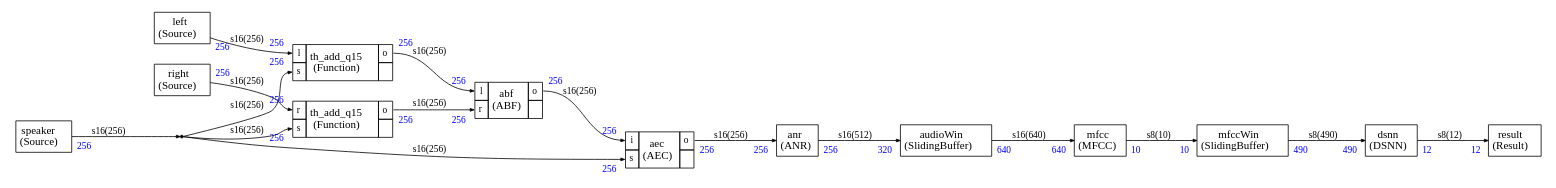
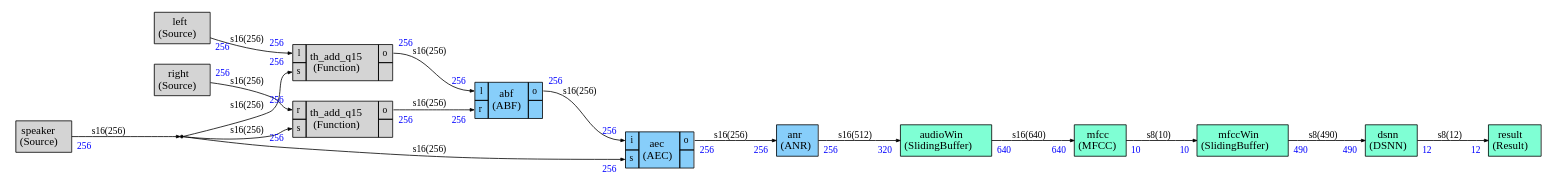
One commit to christophe0606/audiomark changed the diagram in src/cmsis_stream/audiomark.dot. Above: the diagram before and after it, drawn with Graphviz. The commit also changed 11 other files, not shown here.

```diff
--- a/src/cmsis_stream/audiomark.dot
+++ b/src/cmsis_stream/audiomark.dot
@@ -11,7 +11,7 @@
 
 
 abf [label=<
-<TABLE color="black" bgcolor="none" BORDER="0" CELLBORDER="1" CELLSPACING="0" CELLPADDING="4">
+<TABLE color="black" bgcolor="lightskyblue" BORDER="0" CELLBORDER="1" CELLSPACING="0" CELLPADDING="4">
   <TR>
     <TD PORT="l"><FONT POINT-SIZE="12.0" COLOR="black">l</FONT></TD>
     <TD ALIGN="CENTER" ROWSPAN="2"><FONT COLOR="black" POINT-SIZE="14.0">abf<BR/>(ABF)</FONT></TD>
@@ -27,7 +27,7 @@
 
 
 aec [label=<
-<TABLE color="black" bgcolor="none" BORDER="0" CELLBORDER="1" CELLSPACING="0" CELLPADDING="4">
+<TABLE color="black" bgcolor="lightskyblue" BORDER="0" CELLBORDER="1" CELLSPACING="0" CELLPADDING="4">
   <TR>
     <TD PORT="i"><FONT POINT-SIZE="12.0" COLOR="black">i</FONT></TD>
     <TD ALIGN="CENTER" ROWSPAN="2"><FONT COLOR="black" POINT-SIZE="14.0">aec<BR/>(AEC)</FONT></TD>
@@ -42,21 +42,21 @@
 </TABLE>>];
 
 anr [label=<
-<TABLE color="black" bgcolor="none" BORDER="0" CELLBORDER="1" CELLSPACING="0" CELLPADDING="4">
+<TABLE color="black" bgcolor="lightskyblue" BORDER="0" CELLBORDER="1" CELLSPACING="0" CELLPADDING="4">
   <TR>
     <TD ALIGN="CENTER" PORT="i"><FONT COLOR="black" POINT-SIZE="14.0">anr<BR/>(ANR)</FONT></TD>
   </TR>
 </TABLE>>];
 
 audioWin [label=<
-<TABLE color="black" bgcolor="none" BORDER="0" CELLBORDER="1" CELLSPACING="0" CELLPADDING="4">
+<TABLE color="black" bgcolor="aquamarine" BORDER="0" CELLBORDER="1" CELLSPACING="0" CELLPADDING="4">
   <TR>
     <TD ALIGN="CENTER" PORT="i"><FONT COLOR="black" POINT-SIZE="14.0">audioWin<BR/>(SlidingBuffer)</FONT></TD>
   </TR>
 </TABLE>>];
 
 dsnn [label=<
-<TABLE color="black" bgcolor="none" BORDER="0" CELLBORDER="1" CELLSPACING="0" CELLPADDING="4">
+<TABLE color="black" bgcolor="aquamarine" BORDER="0" CELLBORDER="1" CELLSPACING="0" CELLPADDING="4">
   <TR>
     <TD ALIGN="CENTER" PORT="i"><FONT COLOR="black" POINT-SIZE="14.0">dsnn<BR/>(DSNN)</FONT></TD>
   </TR>
@@ -65,42 +65,42 @@
 dup0 [shape=point,label="dup0"]
 
 left [label=<
-<TABLE color="black" bgcolor="none" BORDER="0" CELLBORDER="1" CELLSPACING="0" CELLPADDING="4">
+<TABLE color="black" bgcolor="gray83" BORDER="0" CELLBORDER="1" CELLSPACING="0" CELLPADDING="4">
   <TR>
     <TD ALIGN="CENTER" PORT="i"><FONT COLOR="black" POINT-SIZE="14.0">left<BR/>(Source)</FONT></TD>
   </TR>
 </TABLE>>];
 
 mfcc [label=<
-<TABLE color="black" bgcolor="none" BORDER="0" CELLBORDER="1" CELLSPACING="0" CELLPADDING="4">
+<TABLE color="black" bgcolor="aquamarine" BORDER="0" CELLBORDER="1" CELLSPACING="0" CELLPADDING="4">
   <TR>
     <TD ALIGN="CENTER" PORT="i"><FONT COLOR="black" POINT-SIZE="14.0">mfcc<BR/>(MFCC)</FONT></TD>
   </TR>
 </TABLE>>];
 
 mfccWin [label=<
-<TABLE color="black" bgcolor="none" BORDER="0" CELLBORDER="1" CELLSPACING="0" CELLPADDING="4">
+<TABLE color="black" bgcolor="aquamarine" BORDER="0" CELLBORDER="1" CELLSPACING="0" CELLPADDING="4">
   <TR>
     <TD ALIGN="CENTER" PORT="i"><FONT COLOR="black" POINT-SIZE="14.0">mfccWin<BR/>(SlidingBuffer)</FONT></TD>
   </TR>
 </TABLE>>];
 
 result [label=<
-<TABLE color="black" bgcolor="none" BORDER="0" CELLBORDER="1" CELLSPACING="0" CELLPADDING="4">
+<TABLE color="black" bgcolor="aquamarine" BORDER="0" CELLBORDER="1" CELLSPACING="0" CELLPADDING="4">
   <TR>
     <TD ALIGN="CENTER" PORT="i"><FONT COLOR="black" POINT-SIZE="14.0">result<BR/>(Result)</FONT></TD>
   </TR>
 </TABLE>>];
 
 right [label=<
-<TABLE color="black" bgcolor="none" BORDER="0" CELLBORDER="1" CELLSPACING="0" CELLPADDING="4">
+<TABLE color="black" bgcolor="gray83" BORDER="0" CELLBORDER="1" CELLSPACING="0" CELLPADDING="4">
   <TR>
     <TD ALIGN="CENTER" PORT="i"><FONT COLOR="black" POINT-SIZE="14.0">right<BR/>(Source)</FONT></TD>
   </TR>
 </TABLE>>];
 
 speaker [label=<
-<TABLE color="black" bgcolor="none" BORDER="0" CELLBORDER="1" CELLSPACING="0" CELLPADDING="4">
+<TABLE color="black" bgcolor="gray83" BORDER="0" CELLBORDER="1" CELLSPACING="0" CELLPADDING="4">
   <TR>
     <TD ALIGN="CENTER" PORT="i"><FONT COLOR="black" POINT-SIZE="14.0">speaker<BR/>(Source)</FONT></TD>
   </TR>
@@ -108,7 +108,7 @@
 
 
 th_add_q151 [label=<
-<TABLE color="black" bgcolor="none" BORDER="0" CELLBORDER="1" CELLSPACING="0" CELLPADDING="4">
+<TABLE color="black" bgcolor="gray83" BORDER="0" CELLBORDER="1" CELLSPACING="0" CELLPADDING="4">
   <TR>
     <TD PORT="l"><FONT POINT-SIZE="12.0" COLOR="black">l</FONT></TD>
     <TD ALIGN="CENTER" ROWSPAN="2"><FONT COLOR="black" POINT-SIZE="14.0">th_add_q15<BR/>(Function)</FONT></TD>
@@ -124,7 +124,7 @@
 
 
 th_add_q152 [label=<
-<TABLE color="black" bgcolor="none" BORDER="0" CELLBORDER="1" CELLSPACING="0" CELLPADDING="4">
+<TABLE color="black" bgcolor="gray83" BORDER="0" CELLBORDER="1" CELLSPACING="0" CELLPADDING="4">
   <TR>
     <TD PORT="r"><FONT POINT-SIZE="12.0" COLOR="black">r</FONT></TD>
     <TD ALIGN="CENTER" ROWSPAN="2"><FONT COLOR="black" POINT-SIZE="14.0">th_add_q15<BR/>(Function)</FONT></TD>
```
